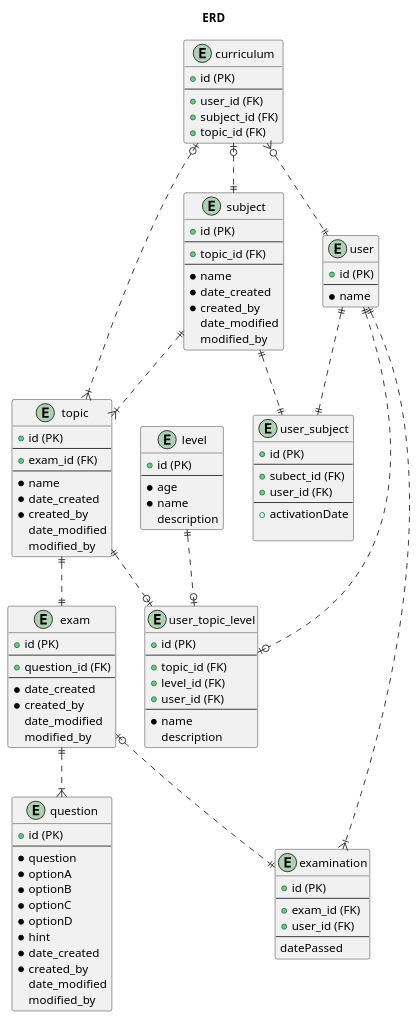
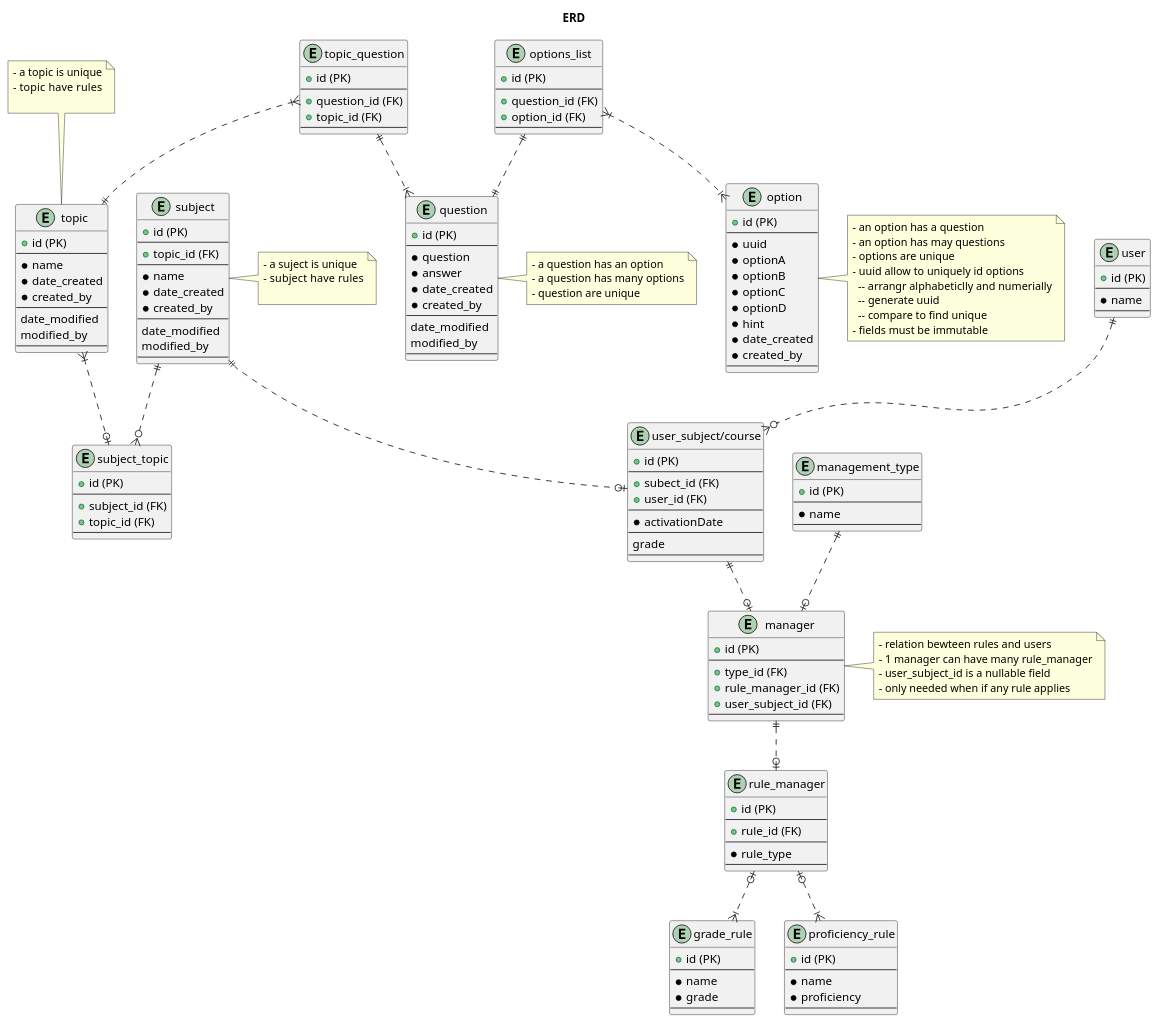
The diagram in app/docs/architecture/erd.md (Tevingatheru/shule-2020), drawn with PlantUML before and after one commit.

````diff
--- a/app/docs/architecture/erd.md
+++ b/app/docs/architecture/erd.md
@@ -3,17 +3,6 @@
 @startuml
 
 title ERD
-
-entity "exam" as E {
-    + id (PK)
-    --
-    + question_id (FK)
-    --
-    * date_created
-    * created_by
-    date_modified
-    modified_by
-}
 
 entity "subject" as S {
     + id (PK)
@@ -23,106 +12,194 @@
     * name
     * date_created
     * created_by
+    --
     date_modified
     modified_by
+    --
 }
+
+note right 
+- a suject is unique
+- subject have  rules
+
+end note
+
+entity "subject_topic" as ST {
+    + id (PK)
+    --
+    + subject_id (FK)
+    + topic_id (FK)
+    --
+}
+
 
 entity "topic" as T {
     + id (PK)
     --
-    + exam_id (FK)
-    --
     * name
     * date_created
     * created_by
+    --
     date_modified
     modified_by
+    --
 }
+
+note top 
+- a topic is unique
+- topic have  rules
+
+end note
+
+entity "manager" as M {
+    + id (PK)
+    --
+    + type_id (FK)
+    + rule_manager_id (FK)
+    + user_subject_id (FK)
+    --
+}
+
+note right 
+- relation bewteen rules and users
+- 1 manager can have many rule_manager
+- user_subject_id is a nullable field
+- only needed when if any rule applies
+end note
+
+entity "topic_question" as TQ {
+    + id (PK)
+    --
+    + question_id (FK)
+    + topic_id (FK)
+    --
+  }
 
 entity "question" as Q {
     + id (PK)
     --
     * question
+    * answer
+    * date_created
+    * created_by
+    --
+    date_modified
+    modified_by
+    --
+}
+
+note right 
+- a question has an option
+- a question has many options
+- question are unique
+end note
+
+entity "options_list" as optionsList {
+    + id (PK)
+    --
+    + question_id (FK)
+    + option_id (FK)
+    --
+}
+
+entity "option" as option {
+    + id (PK)
+    --
+    * uuid
     * optionA
     * optionB
     * optionC
     * optionD
     * hint
     * date_created
-    * created_by
-    date_modified
-    modified_by
+    * created_by  
+    --
 }
 
-entity "level" as L {
+note right 
+- an option has a question
+- an option has may questions
+- options are unique
+- uuid allow to uniquely id options
+  -- arrangr alphabeticlly and numerially
+  -- generate uuid
+  -- compare to find unique
+- fields must be immutable
+end note
+
+entity "grade_rule" as grade_rule {
     + id (PK)
     --
-    * age
-    * name  
-    description
+    * name
+    * grade    
+    --
 }
+
+entity "proficiency_rule" as proficiency_rule {
+    + id (PK)
+    --
+    * name
+    * proficiency    
+    --
+}
+
 
 entity "user" as U {
     + id (PK)
     --
-    * name  
+    * name 
+    --
 }
 
-entity "user_subject" as U_S {
+entity "user_subject/course" as U_S {
     + id (PK)
     --
     + subect_id (FK)  
     + user_id (FK)
     --
-    + activationDate
-    
+    * activationDate
+    --
+    grade 
+    --
 }
 
-entity "user_topic_level" as SYLLABUS {
+entity "rule_manager" as RM {
     + id (PK)
     --
-    + topic_id (FK)  
-    + level_id (FK)
-    + user_id (FK)
+    + rule_id (FK)
     --
-    * name  
-    description
+    * rule_type 
+    --
 }
 
-entity "curriculum" as C {
+entity "management_type" as MT {
     + id (PK)
     --
-    + user_id (FK)  
-    + subject_id (FK)
-    + topic_id (FK)
-  }
-
-entity "examination" as EXAMINATION {
-  + id (PK)
-  --
-  + exam_id (FK)
-  + user_id (FK)
-  --
-  datePassed
+    * name
+    --
 }
 
-S ||..|{ T
-T ||..|| E
+S ||..o| U_S
+S ||..o{ ST
+  
+T }|..o| ST
 
-E ||..|{ Q
-U ||..|| U_S
-S ||..|| U_S
+U ||..o{ U_S
 
-T ||..o| SYLLABUS
-L ||..o| SYLLABUS
-U ||..o| SYLLABUS 
-  
-C }o..|| U
-C |o..|| S
-C |o..|{ T
+U_S ||..o| M
 
-U ||..|{ EXAMINATION 
-E |o..|| EXAMINATION
+optionsList ||..|| Q
+optionsList }|..|{ option
+
+TQ ||..|{ Q
+TQ }|..|| T
+
+M ||..o| RM
+
+MT ||..o| M
+
+RM |o..|{ grade_rule
+RM |o..|{ proficiency_rule
 
 @enduml
 ```
````
